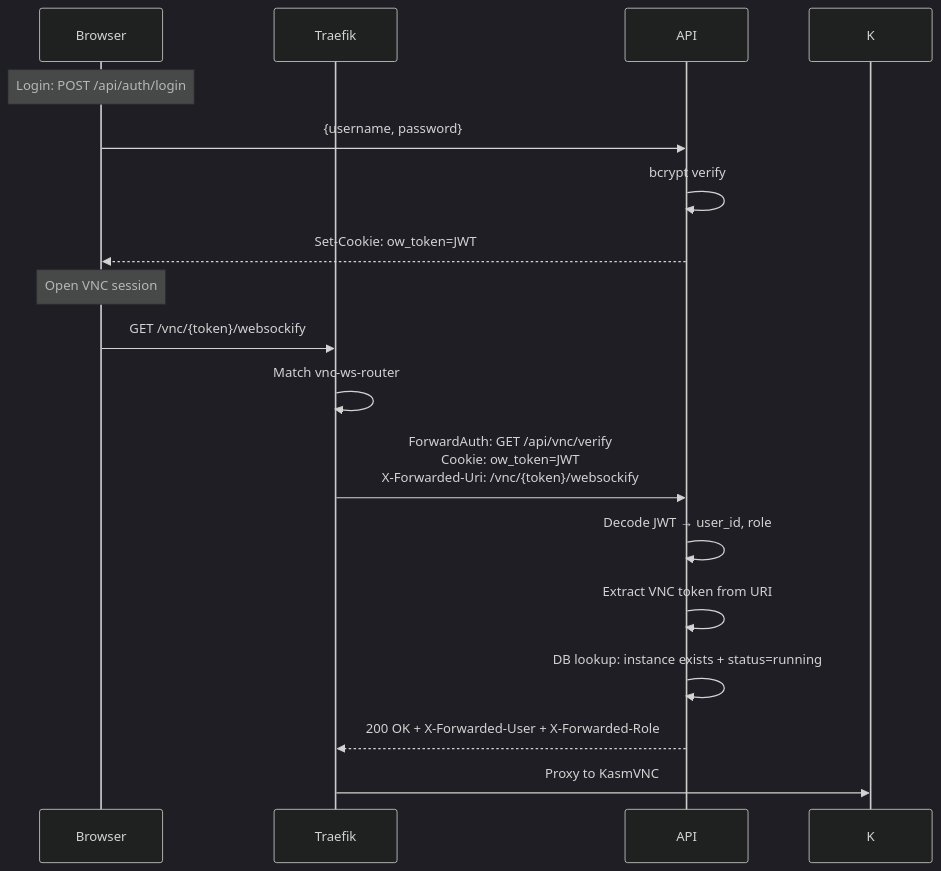
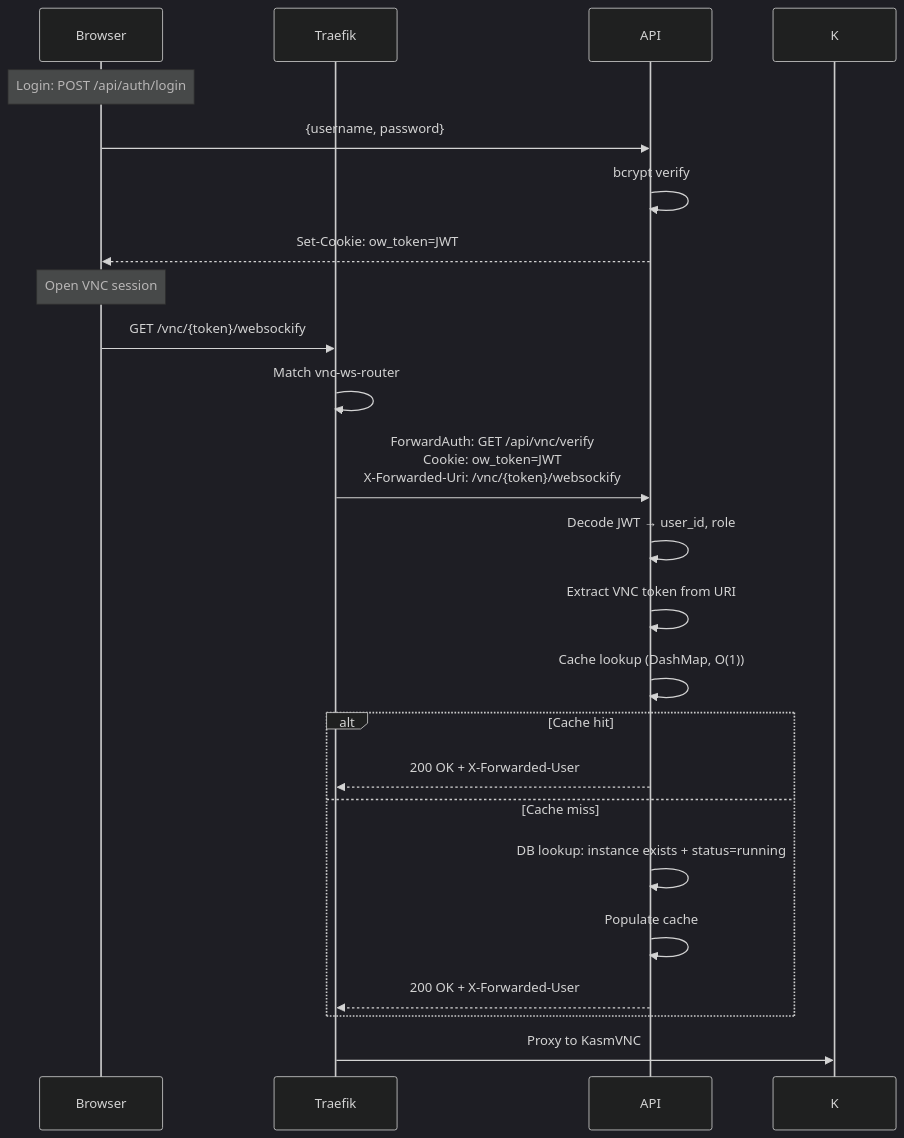
Before and after one commit to TsukiSama9292/OpenWorkspace-Engine: the fourth of 7 diagrams in docs/architecture.md, drawn with Mermaid (dark theme). The commit also changed other lines of this file and 7 other files, not shown here.

Commit message:
[update] 優化性能: DashMap 解決單機的 DB Round-trip

````diff
--- a/docs/architecture.md
+++ b/docs/architecture.md
@@ -160,21 +160,27 @@
 ```mermaid
 sequenceDiagram
     participant U as Browser
     participant T as Traefik
     participant A as API
 
     Note over U: Login: POST /api/auth/login
     U->>A: {username, password}
     A->>A: bcrypt verify
     A-->>U: Set-Cookie: ow_token=JWT
 
     Note over U: Open VNC session
     U->>T: GET /vnc/{token}/websockify
     T->>T: Match vnc-ws-router
     T->>A: ForwardAuth: GET /api/vnc/verify<br/>Cookie: ow_token=JWT<br/>X-Forwarded-Uri: /vnc/{token}/websockify
     A->>A: Decode JWT → user_id, role
     A->>A: Extract VNC token from URI
-    A->>A: DB lookup: instance exists + status=running
-    A-->>T: 200 OK + X-Forwarded-User + X-Forwarded-Role
+    A->>A: Cache lookup (DashMap, O(1))
+    alt Cache hit
+        A-->>T: 200 OK + X-Forwarded-User
+    else Cache miss
+        A->>A: DB lookup: instance exists + status=running
+        A->>A: Populate cache
+        A-->>T: 200 OK + X-Forwarded-User
+    end
     T->>K: Proxy to KasmVNC
 ```
````
